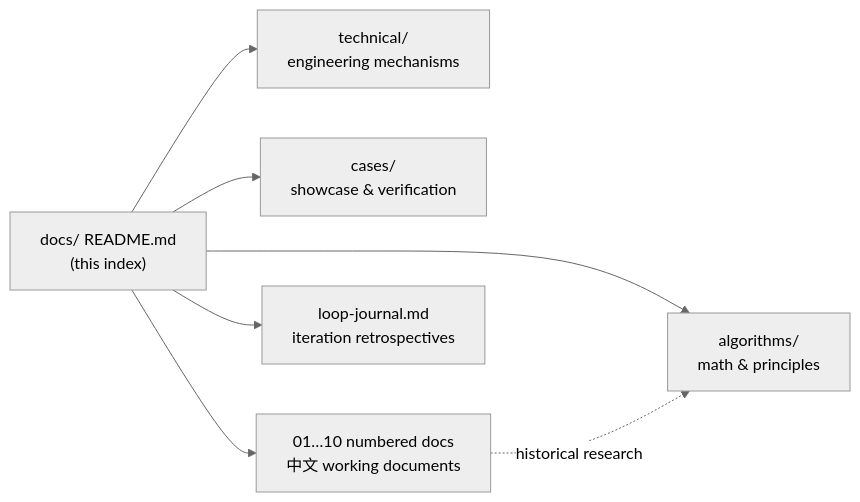
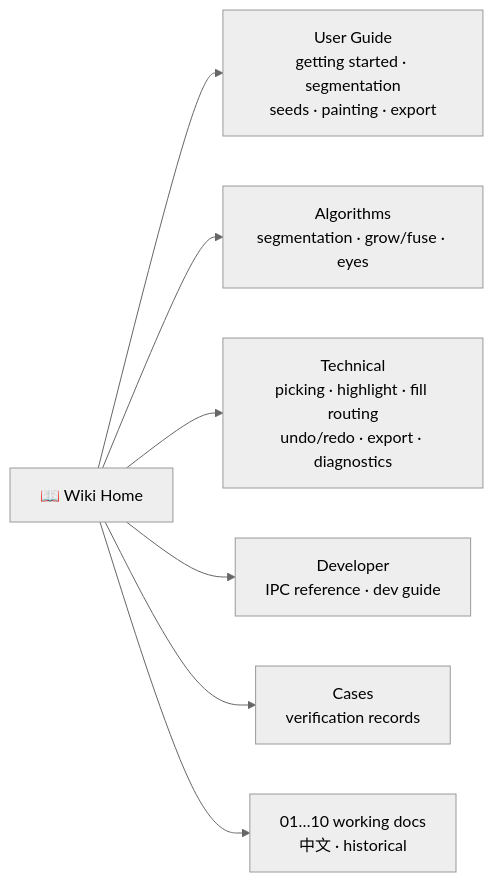
One commit to ZackaryShen/ColorYourModel changed the diagram in docs/README.md. Above: the diagram before and after it, drawn with Mermaid (neutral theme). The commit also changed other lines of this file and 46 other files, not shown here.

First line of the commit message:
docs(wiki): multi-page wiki — user guide, developer reference, algorithms, first case

````diff
--- a/docs/README.md
+++ b/docs/README.md
@@ -7,9 +7,9 @@
 ```mermaid
 flowchart LR
-    R["docs/ README.md<br/>(this index)"] --> AL["algorithms/<br/>math & principles"]
-    R --> TE["technical/<br/>engineering mechanisms"]
-    R --> CA["cases/<br/>showcase & verification"]
-    R --> WD["01…10 numbered docs<br/>中文 working documents"]
-    R --> LJ["loop-journal.md<br/>iteration retrospectives"]
-    WD -. historical research .-> AL
+    H["📖 Wiki Home"] --> UG["User Guide<br/>getting started · segmentation<br/>seeds · painting · export"]
+    H --> AL["Algorithms<br/>segmentation · grow/fuse · eyes"]
+    H --> TE["Technical<br/>picking · highlight · fill routing<br/>undo/redo · export · diagnostics"]
+    H --> DV["Developer<br/>IPC reference · dev guide"]
+    H --> CA["Cases<br/>verification records"]
+    H --> WD["01…10 working docs<br/>中文 · historical"]
 ```
````
